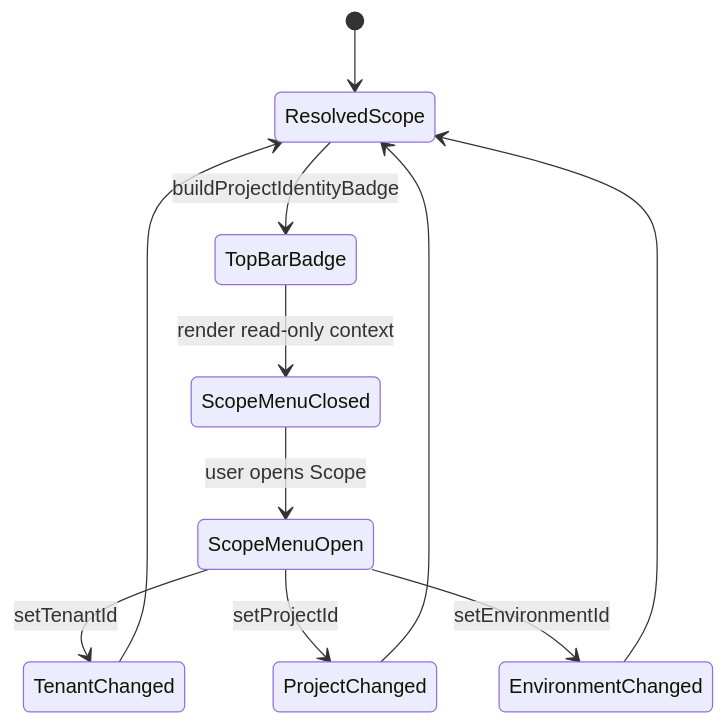
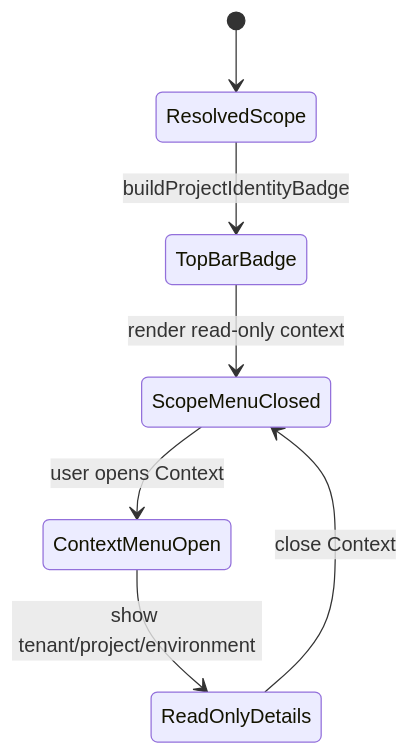
Before and after one commit to dunay2/dvt: the seventh of 8 diagrams in docs/architecture/components/web/appshell/app-shell.md, drawn with Mermaid. The commit also changed other lines of this file and 31 other files, not shown here.

Commit message:
fix(web): Make shell workspace context read-only

````diff
--- a/docs/architecture/components/web/appshell/app-shell.md
+++ b/docs/architecture/components/web/appshell/app-shell.md
@@ -223,13 +236,9 @@
 ```mermaid
 stateDiagram-v2
   [*] --> ResolvedScope
   ResolvedScope --> TopBarBadge: buildProjectIdentityBadge
   TopBarBadge --> ScopeMenuClosed: render read-only context
-  ScopeMenuClosed --> ScopeMenuOpen: user opens Scope
-  ScopeMenuOpen --> TenantChanged: setTenantId
-  ScopeMenuOpen --> ProjectChanged: setProjectId
-  ScopeMenuOpen --> EnvironmentChanged: setEnvironmentId
-  TenantChanged --> ResolvedScope
-  ProjectChanged --> ResolvedScope
-  EnvironmentChanged --> ResolvedScope
+  ScopeMenuClosed --> ContextMenuOpen: user opens Context
+  ContextMenuOpen --> ReadOnlyDetails: show tenant/project/environment
+  ReadOnlyDetails --> ScopeMenuClosed: close Context
 ```
````
